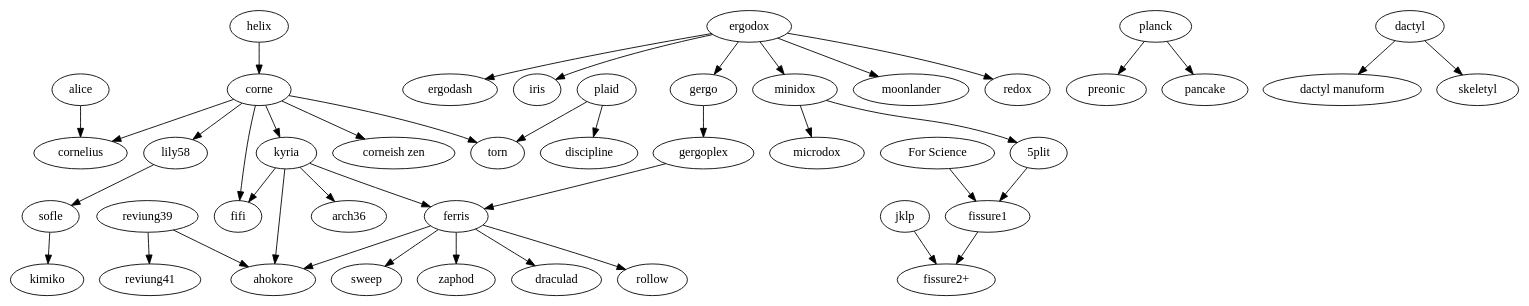
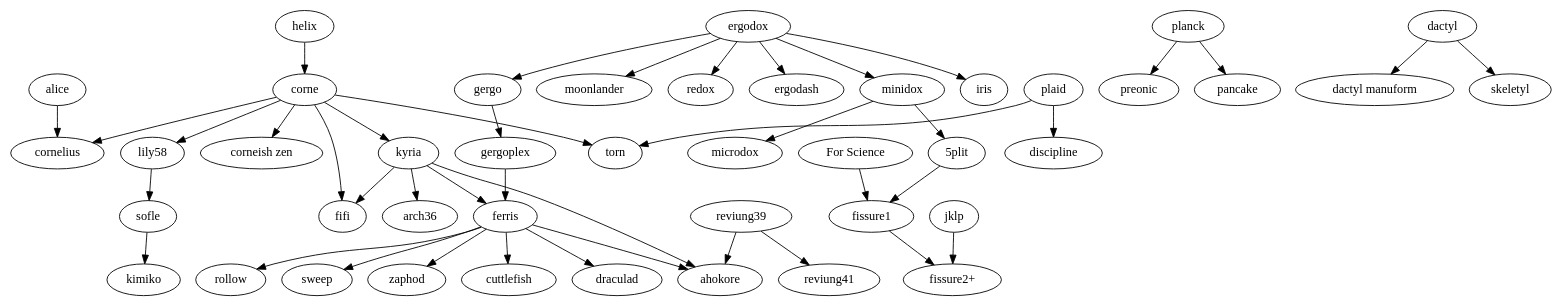
Before and after one commit to petejohanson/mk-family-tree: the diagram in tree.gv, drawn with Graphviz.

Commit message:
Add cuttlefish

```diff
--- a/tree.gv
+++ b/tree.gv
@@ -1,86 +1,87 @@
 digraph T {
   subgraph splits {
     helix -> corne;
 
     corne -> {
       "corneish zen";
       cornelius;
       fifi;
       kyria;
       lily58;
       torn;
     };
 
     lily58 -> sofle;
 
     kyria -> {
         ahokore;
         arch36;
         ferris;
         fifi;
     };
 
     ergodox -> {
       ergodash;
       gergo;
       iris;
       minidox;
       moonlander;
       redox;
     };
 
     gergo -> gergoplex;
     gergoplex -> ferris;
 
     ferris -> {
       ahokore;
+      cuttlefish;
       draculad;
       rollow;
       sweep;
       zaphod;
     };
 
     minidox -> {
       "5plit";
       microdox;
     }
 
     sofle -> kimiko;
 
     "5plit" -> "fissure1";
     "For Science" -> "fissure1";
     fissure1 -> "fissure2+";
     jklp -> "fissure2+";
   }
 
   subgraph unibody {
     reviung39 -> {
       ahokore;
       reviung41;
     };
   };
 
   subgraph ortholinear {
     plaid -> {
       discipline;
       torn;
     };
     planck -> {
       preonic;
       pancake;
     };
   }
 
   subgraph {
     dactyl -> {
       "dactyl manuform";
       skeletyl;
     }
   }
 
   subgraph alicefamily {
     alice -> {
       cornelius;
     }
   }
 }
```
